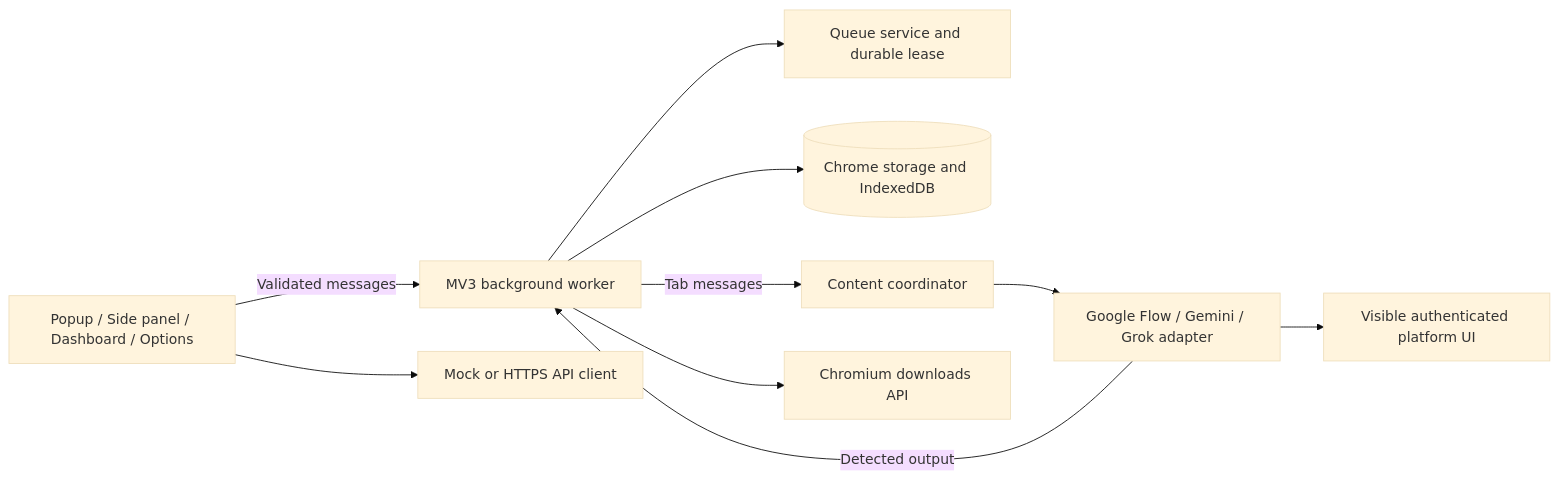
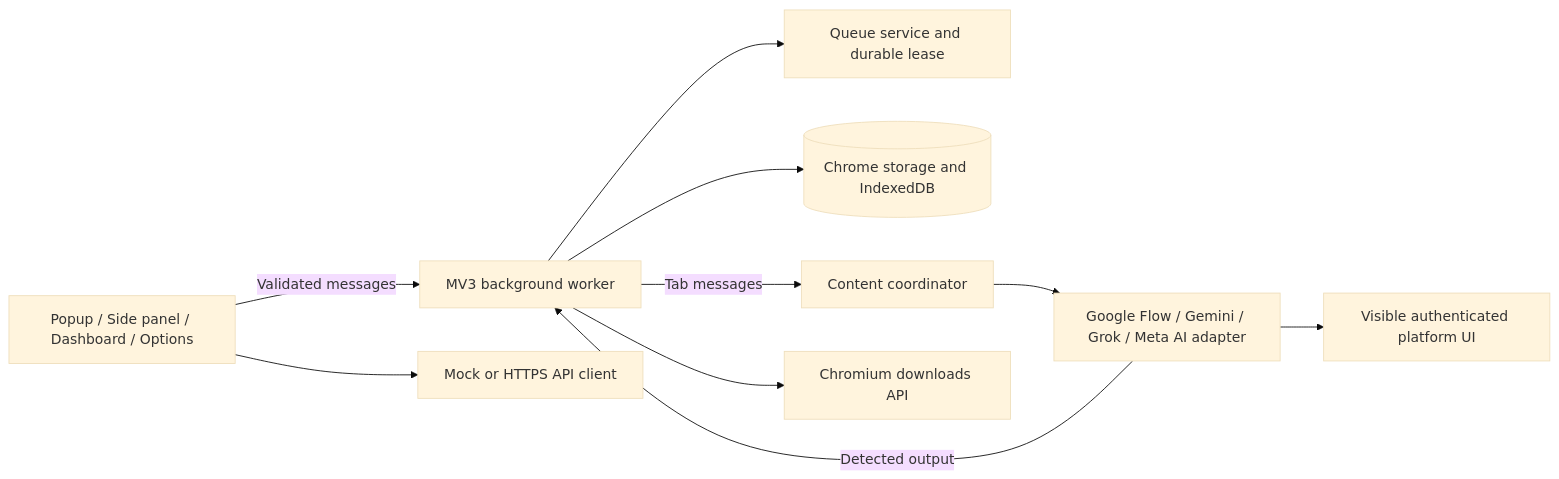
Before and after one commit to Damoblinkz2/luffy-flow: the diagram in README.md, drawn with Mermaid (base theme). The commit also changed other lines of this file and 94 other files, not shown here.

````diff
--- a/README.md
+++ b/README.md
@@ -208,12 +211,12 @@
 ```mermaid
 flowchart LR
   UI[Popup / Side panel / Dashboard / Options] -->|Validated messages| BG[MV3 background worker]
   BG --> QUEUE[Queue service and durable lease]
   BG --> DATA[(Chrome storage and IndexedDB)]
   BG -->|Tab messages| CONTENT[Content coordinator]
-  CONTENT --> ADAPTER[Google Flow / Gemini / Grok adapter]
+  CONTENT --> ADAPTER[Google Flow / Gemini / Grok / Meta AI adapter]
   ADAPTER --> PAGE[Visible authenticated platform UI]
   ADAPTER -->|Detected output| BG
   BG --> DOWNLOADS[Chromium downloads API]
   UI --> API[Mock or HTTPS API client]
 ```
````
